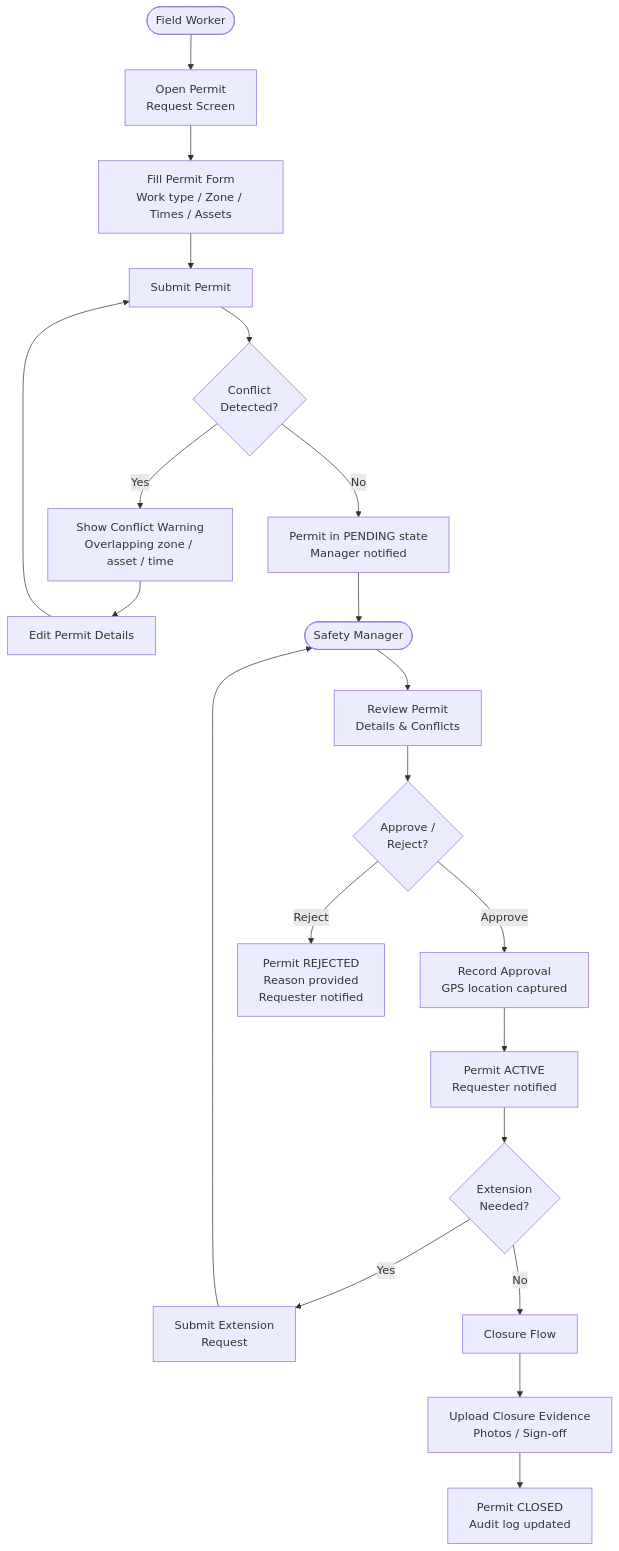
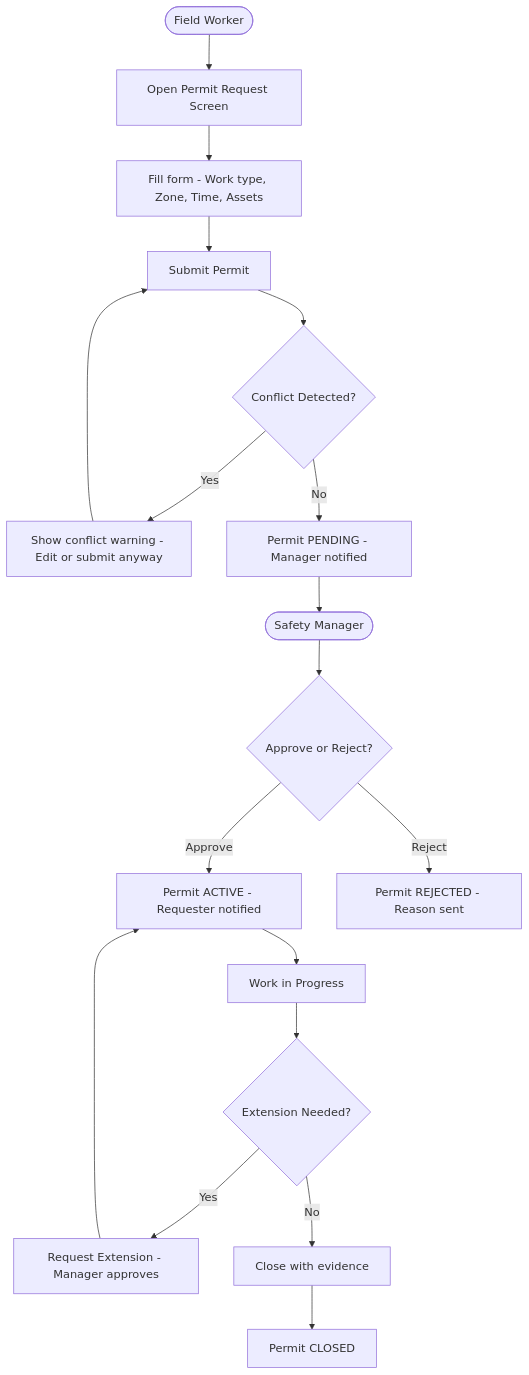
The third of 10 diagrams in docs/diagrams/user_flow_diagram.md (Nandan222001/health_smart_engage), drawn with Mermaid before and after one commit. The commit also changed other lines of this file and 15 other files, not shown here.

First line of the commit message:
fix: repair Mermaid rendering errors across all diagram files

````diff
--- a/docs/diagrams/user_flow_diagram.md
+++ b/docs/diagrams/user_flow_diagram.md
@@ -85,31 +85,22 @@
 ```mermaid
 flowchart TD
-    FW([Field Worker]) --> CREATE[Open Permit\nRequest Screen]
-    CREATE --> FORM[Fill Permit Form\nWork type / Zone / Times / Assets]
-    FORM --> SUBMIT[Submit Permit]
+    FW([Field Worker]) --> PERMIT[Open Permit Request Screen]
+    PERMIT --> FILL[Fill form - Work type, Zone, Time, Assets]
+    FILL --> SUBMIT[Submit Permit]
+    SUBMIT --> CONFLICT{Conflict Detected?}
+    CONFLICT -->|Yes| WARN[Show conflict warning - Edit or submit anyway]
+    WARN --> SUBMIT
+    CONFLICT -->|No| PENDING[Permit PENDING - Manager notified]
 
-    SUBMIT --> CONFLICT{Conflict\nDetected?}
-    CONFLICT -->|Yes| WARN[Show Conflict Warning\nOverlapping zone / asset / time]
-    WARN --> EDIT[Edit Permit Details]
-    EDIT --> SUBMIT
+    PENDING --> SM([Safety Manager])
+    SM --> DECIDE{Approve or Reject?}
+    DECIDE -->|Approve| ACTIVE[Permit ACTIVE - Requester notified]
+    DECIDE -->|Reject| REJECTED[Permit REJECTED - Reason sent]
 
-    CONFLICT -->|No| PENDING[Permit in PENDING state\nManager notified]
-
-    PENDING --> MGR([Safety Manager])
-    MGR --> REVIEW[Review Permit\nDetails & Conflicts]
-    REVIEW --> DECISION{Approve /\nReject?}
-
-    DECISION -->|Approve| APPROVAL[Record Approval\nGPS location captured]
-    APPROVAL --> ACTIVE[Permit ACTIVE\nRequester notified]
-
-    DECISION -->|Reject| REJECTED[Permit REJECTED\nReason provided\nRequester notified]
-
-    ACTIVE --> EXT_Q{Extension\nNeeded?}
-    EXT_Q -->|Yes| EXT_REQ[Submit Extension\nRequest]
-    EXT_REQ --> MGR
-    EXT_Q -->|No| CLOSE_FLOW
-
-    CLOSE_FLOW[Closure Flow]
-    CLOSE_FLOW --> EVIDENCE[Upload Closure Evidence\nPhotos / Sign-off]
-    EVIDENCE --> CLOSED[Permit CLOSED\nAudit log updated]
+    ACTIVE --> WORK[Work in Progress]
+    WORK --> EXT{Extension Needed?}
+    EXT -->|Yes| EXT_REQ[Request Extension - Manager approves]
+    EXT_REQ --> ACTIVE
+    EXT -->|No| CLOSE[Close with evidence]
+    CLOSE --> CLOSED[Permit CLOSED]
 ```
````
